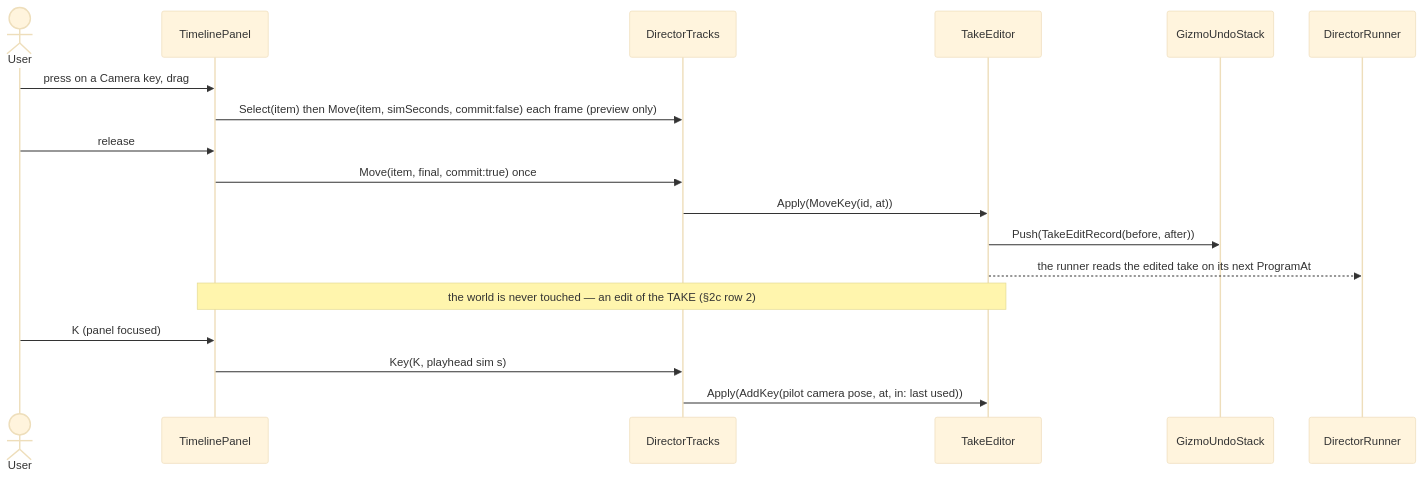
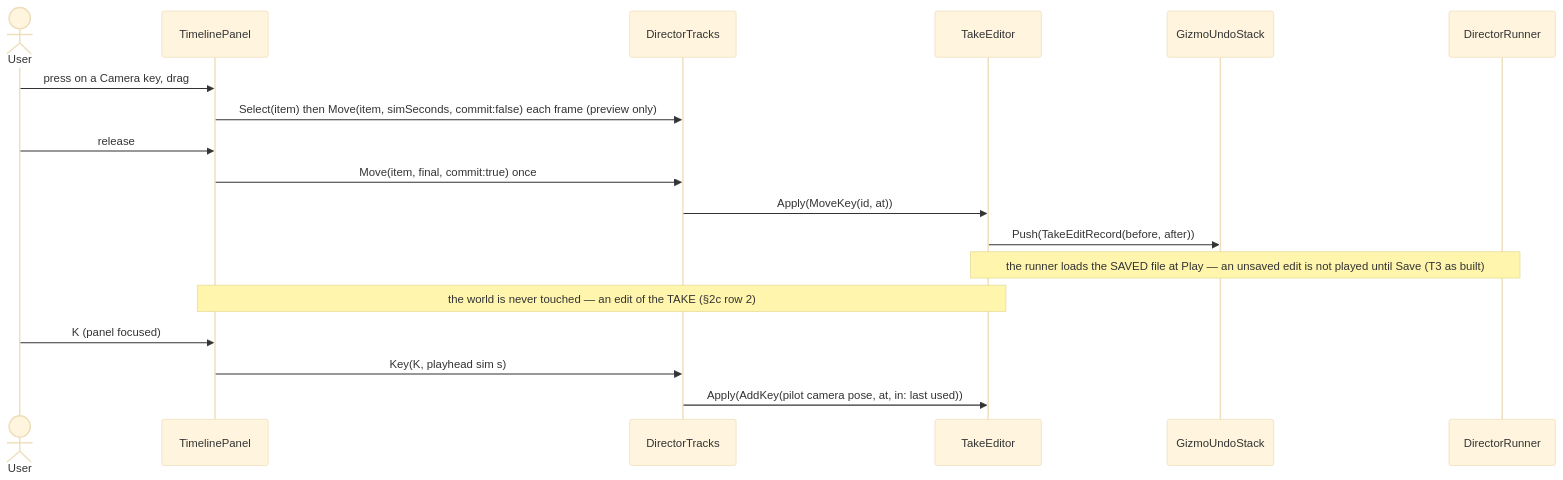
Diagram 21 of 21 in docs/DESIGN_Director_Timeline_Editor.md (pjanec/HROT), drawn with Mermaid (base theme) before and after one commit. The commit also changed other lines of this file and 11 other files, not shown here.

````diff
--- a/docs/DESIGN_Director_Timeline_Editor.md
+++ b/docs/DESIGN_Director_Timeline_Editor.md
@@ -1091,20 +1095,20 @@
 ```mermaid
 sequenceDiagram
   actor U as User
   participant P as TimelinePanel
   participant D as DirectorTracks
   participant E as TakeEditor
   participant S as GizmoUndoStack
   participant R as DirectorRunner
   U->>P: press on a Camera key, drag
   P->>D: Select(item) then Move(item, simSeconds, commit:false) each frame (preview only)
   U->>P: release
   P->>D: Move(item, final, commit:true) once
   D->>E: Apply(MoveKey(id, at))
   E->>S: Push(TakeEditRecord(before, after))
-  E-->>R: the runner reads the edited take on its next ProgramAt
+  Note over E,R: the runner loads the SAVED file at Play — an unsaved edit is not played until Save (T3 as built)
   Note over P,E: the world is never touched — an edit of the TAKE (§2c row 2)
   U->>P: K (panel focused)
   P->>D: Key(K, playhead sim s)
   D->>E: Apply(AddKey(pilot camera pose, at, in: last used))
 ```
````
